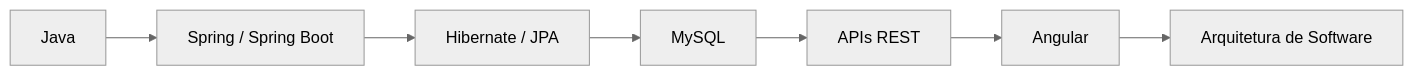
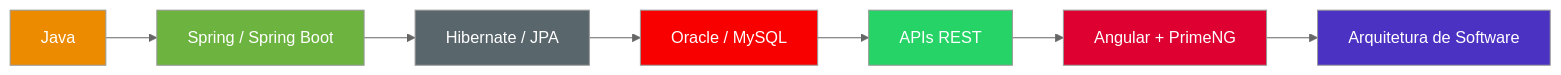
One commit to josegabrielprgm/josegabrielprgm changed the diagram in README.md. Above: the diagram before and after it, drawn with Mermaid (neutral theme). The commit also changed other lines of this file, not shown here.

````diff
--- a/README.md
+++ b/README.md
@@ -38,9 +65,17 @@
 ```mermaid
 graph LR
     A[Java] --> B[Spring / Spring Boot]
     B --> C[Hibernate / JPA]
-    C --> D[MySQL]
+    C --> D[Oracle / MySQL]
     D --> E[APIs REST]
-    E --> F[Angular]
+    E --> F[Angular + PrimeNG]
     F --> G[Arquitetura de Software]
+
+    style A fill:#ED8B00,color:#fff
+    style B fill:#6DB33F,color:#fff
+    style C fill:#59666C,color:#fff
+    style D fill:#F80000,color:#fff
+    style E fill:#25D366,color:#fff
+    style F fill:#DD0031,color:#fff
+    style G fill:#4B32C3,color:#fff
 ```
````
